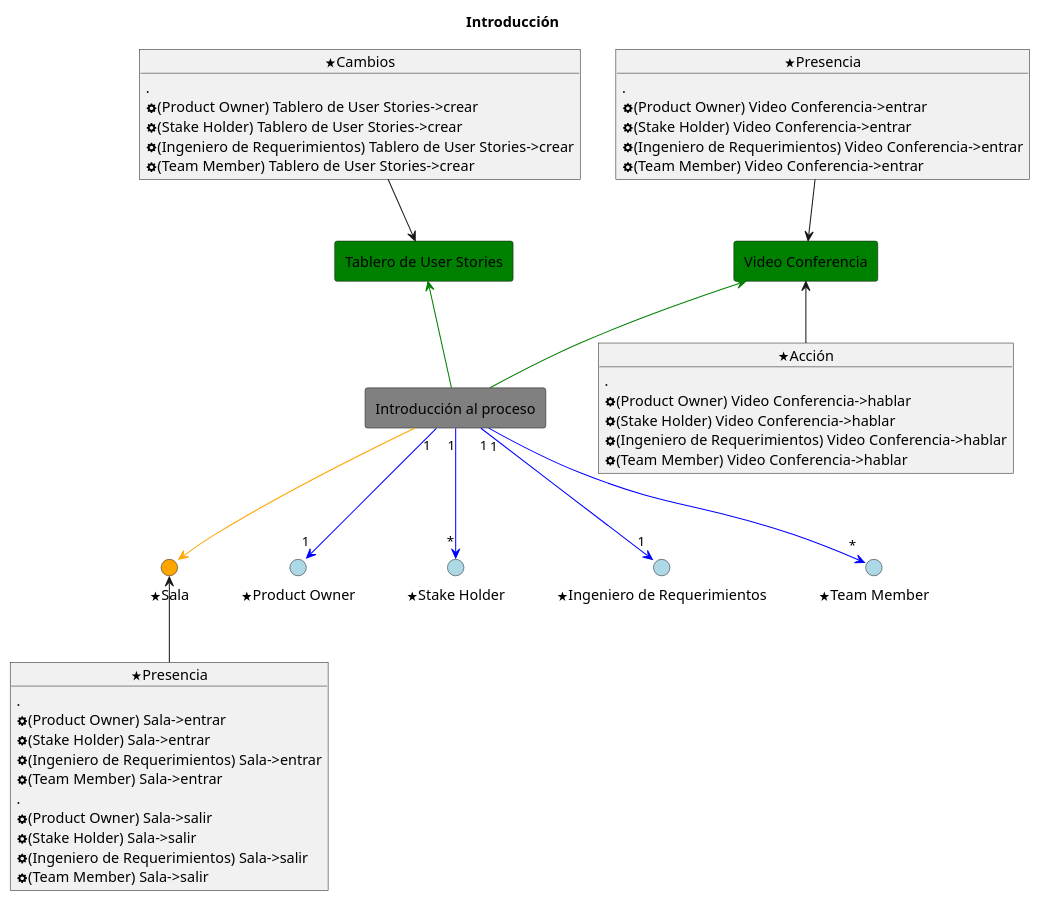
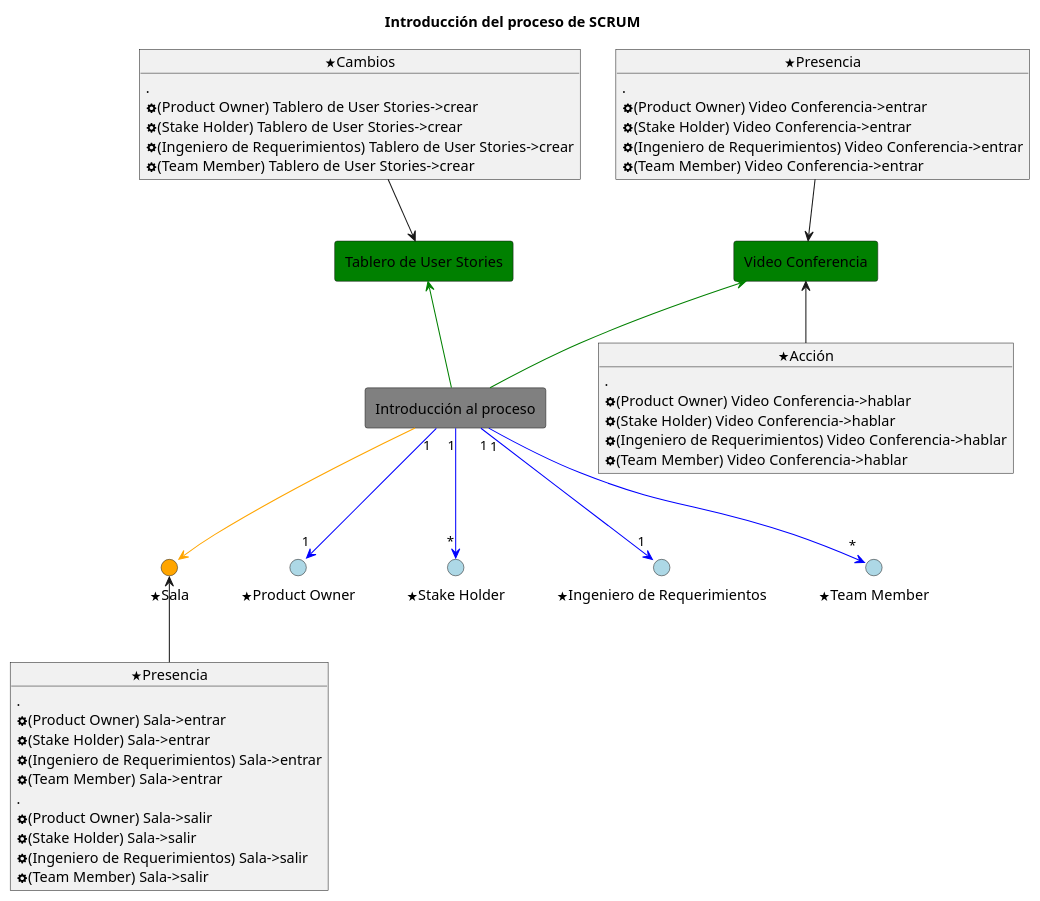
Before and after one commit to pablodanielrey/colaborativos: the first of 2 diagrams in entrega1/actividades/introduction/introduction.plantuml, drawn with PlantUML. The commit also changed other lines of this file and 2 other files, not shown here.

```diff
--- a/entrega1/actividades/introduction/introduction.plantuml
+++ b/entrega1/actividades/introduction/introduction.plantuml
@@ -1,73 +1,73 @@
-@startuml
-title Introducción
+@startuml actividad
+title Introducción del proceso de SCRUM
 allowmixing
 
 () "<&star>Product Owner" as owner #LightBlue
 () "<&star>Stake Holder" as sh #LightBlue
 () "<&star>Ingeniero de Requerimientos" as rem #LightBlue
 () "<&star>Team Member" as tm #LightBlue
 () "<&star>Sala" as room #Orange
 rectangle "Video Conferencia" as video #Green
 rectangle "Introducción al proceso" as introduction #Gray
 rectangle "Tablero de User Stories" as user_stories #Green
 
 introduction "1" -d[#Blue]-> "1" owner
 introduction "1" -d[#Blue]-> "*" sh
 introduction "1" -d[#Blue]-> "1" rem
 introduction "1" -d[#Blue]-> "*" tm
 introduction -u[#Green]-> video
 introduction -u[#Green]-> user_stories
 introduction -d[#Orange]-> room
 
 
 object "<&star>Presencia" as Presencia {
     .
     <&cog>(Product Owner) Video Conferencia->entrar
     <&cog>(Stake Holder) Video Conferencia->entrar
     <&cog>(Ingeniero de Requerimientos) Video Conferencia->entrar
     <&cog>(Team Member) Video Conferencia->entrar    
 
 }
 
 
 Presencia --> video
 
 
 object "<&star>Presencia" as Presencia2 {
     .
     <&cog>(Product Owner) Sala->entrar
     <&cog>(Stake Holder) Sala->entrar
     <&cog>(Ingeniero de Requerimientos) Sala->entrar
     <&cog>(Team Member) Sala->entrar
     .
     <&cog>(Product Owner) Sala->salir
     <&cog>(Stake Holder) Sala->salir
     <&cog>(Ingeniero de Requerimientos) Sala->salir
     <&cog>(Team Member) Sala->salir
 }
 
 Presencia2 -u-> room
 
 
 object "<&star>Acción" as Acción {
     .
     <&cog>(Product Owner) Video Conferencia->hablar
     <&cog>(Stake Holder) Video Conferencia->hablar
     <&cog>(Ingeniero de Requerimientos) Video Conferencia->hablar
     <&cog>(Team Member) Video Conferencia->hablar    
 }
 
 Acción -u-> video
 
 
 object "<&star>Cambios" as Cambios {
     .
     <&cog>(Product Owner) Tablero de User Stories->crear
     <&cog>(Stake Holder) Tablero de User Stories->crear
     <&cog>(Ingeniero de Requerimientos) Tablero de User Stories->crear
     <&cog>(Team Member) Tablero de User Stories->crear
 }
 
 Cambios -d-> user_stories
 
 @enduml
```
